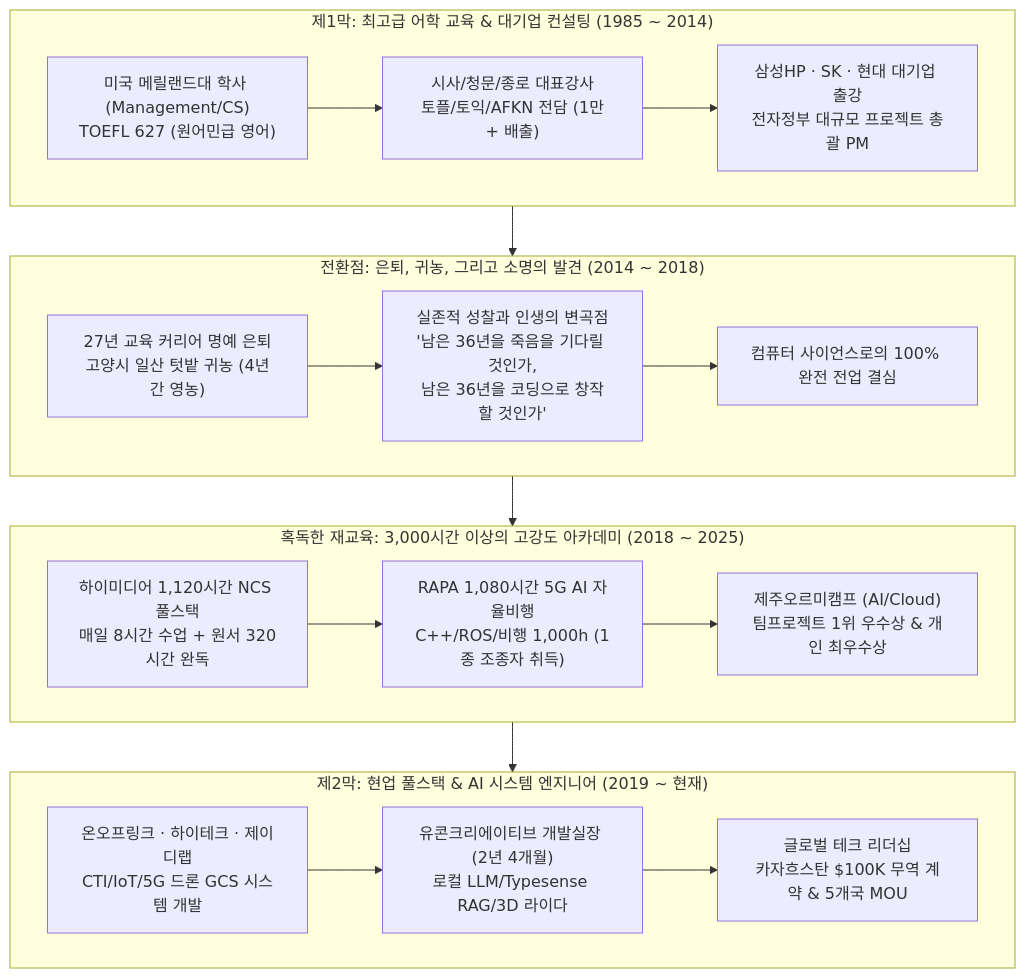
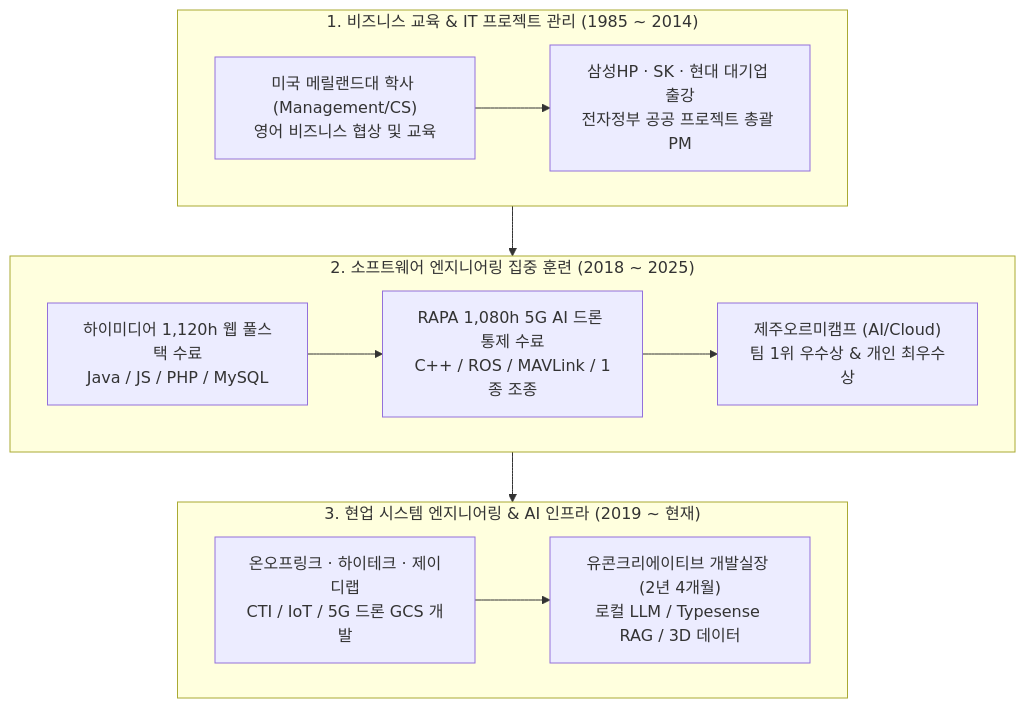
The diagram in 02_경력기술서_이병남.md (aiegoo/resume), drawn with Mermaid before and after one commit. The commit also changed other lines of this file and 9 other files, not shown here.

````diff
--- a/02_경력기술서_이병남.md
+++ b/02_경력기술서_이병남.md
@@ -24,24 +24,17 @@
 ```mermaid
 flowchart TD
-    subgraph Act1["제1막: 최고급 어학 교육 & 대기업 컨설팅 (1985 ~ 2014)"]
-        A1["미국 메릴랜드대 학사 (Management/CS)<br>TOEFL 627 (원어민급 영어)"] --> A2["시사/청문/종로 대표강사<br>토플/토익/AFKN 전담 (1만+ 배출)"]
-        A2 --> A3["삼성HP · SK · 현대 대기업 출강<br>전자정부 대규모 프로젝트 총괄 PM"]
+    subgraph S1["1. 비즈니스 교육 & IT 프로젝트 관리 (1985 ~ 2014)"]
+        A1["미국 메릴랜드대 학사 (Management/CS)<br>영어 비즈니스 협상 및 교육"] --> A2["삼성HP · SK · 현대 대기업 출강<br>전자정부 공공 프로젝트 총괄 PM"]
     end
 
-    subgraph Pivot["전환점: 은퇴, 귀농, 그리고 소명의 발견 (2014 ~ 2018)"]
-        B1["27년 교육 커리어 명예 은퇴<br>고양시 일산 텃밭 귀농 (4년간 영농)"] --> B2["실존적 성찰과 인생의 변곡점<br>'남은 36년을 죽음을 기다릴 것인가,<br>남은 36년을 코딩으로 창작할 것인가'"]
-        B2 --> B3["컴퓨터 사이언스로의 100% 완전 전업 결심"]
+    subgraph S2["2. 소프트웨어 엔지니어링 집중 훈련 (2018 ~ 2025)"]
+        B1["하이미디어 1,120h 웹 풀스택 수료<br>Java / JS / PHP / MySQL"] --> B2["RAPA 1,080h 5G AI 드론 통제 수료<br>C++ / ROS / MAVLink / 1종 조종"]
+        B2 --> B3["제주오르미캠프 (AI/Cloud)<br>팀 1위 우수상 & 개인 최우수상"]
     end
 
-    subgraph Academies["혹독한 재교육: 3,000시간 이상의 고강도 아카데미 (2018 ~ 2025)"]
-        C1["하이미디어 1,120시간 NCS 풀스택<br>매일 8시간 수업 + 원서 320시간 완독"] --> C2["RAPA 1,080시간 5G AI 자율비행<br>C++/ROS/비행 1,000h (1종 조종자 취득)"]
-        C2 --> C3["제주오르미캠프 (AI/Cloud)<br>팀프로젝트 1위 우수상 & 개인 최우수상"]
+    subgraph S3["3. 현업 시스템 엔지니어링 & AI 인프라 (2019 ~ 현재)"]
+        C1["온오프링크 · 하이테크 · 제이디랩<br>CTI / IoT / 5G 드론 GCS 개발"] --> C2["유콘크리에이티브 개발실장 (2년 4개월)<br>로컬 LLM / Typesense RAG / 3D 데이터"]
     end
 
-    subgraph Act2["제2막: 현업 풀스택 & AI 시스템 엔지니어 (2019 ~ 현재)"]
-        D1["온오프링크 · 하이테크 · 제이디랩<br>CTI/IoT/5G 드론 GCS 시스템 개발"] --> D2["유콘크리에이티브 개발실장 (2년 4개월)<br>로컬 LLM/Typesense RAG/3D 라이다"]
-        D2 --> D3["글로벌 테크 리더십<br>카자흐스탄 $100K 무역 계약 & 5개국 MOU"]
-    end
-
-    Act1 --> Pivot --> Academies --> Act2
+    S1 --> S2 --> S3
 ```
````
